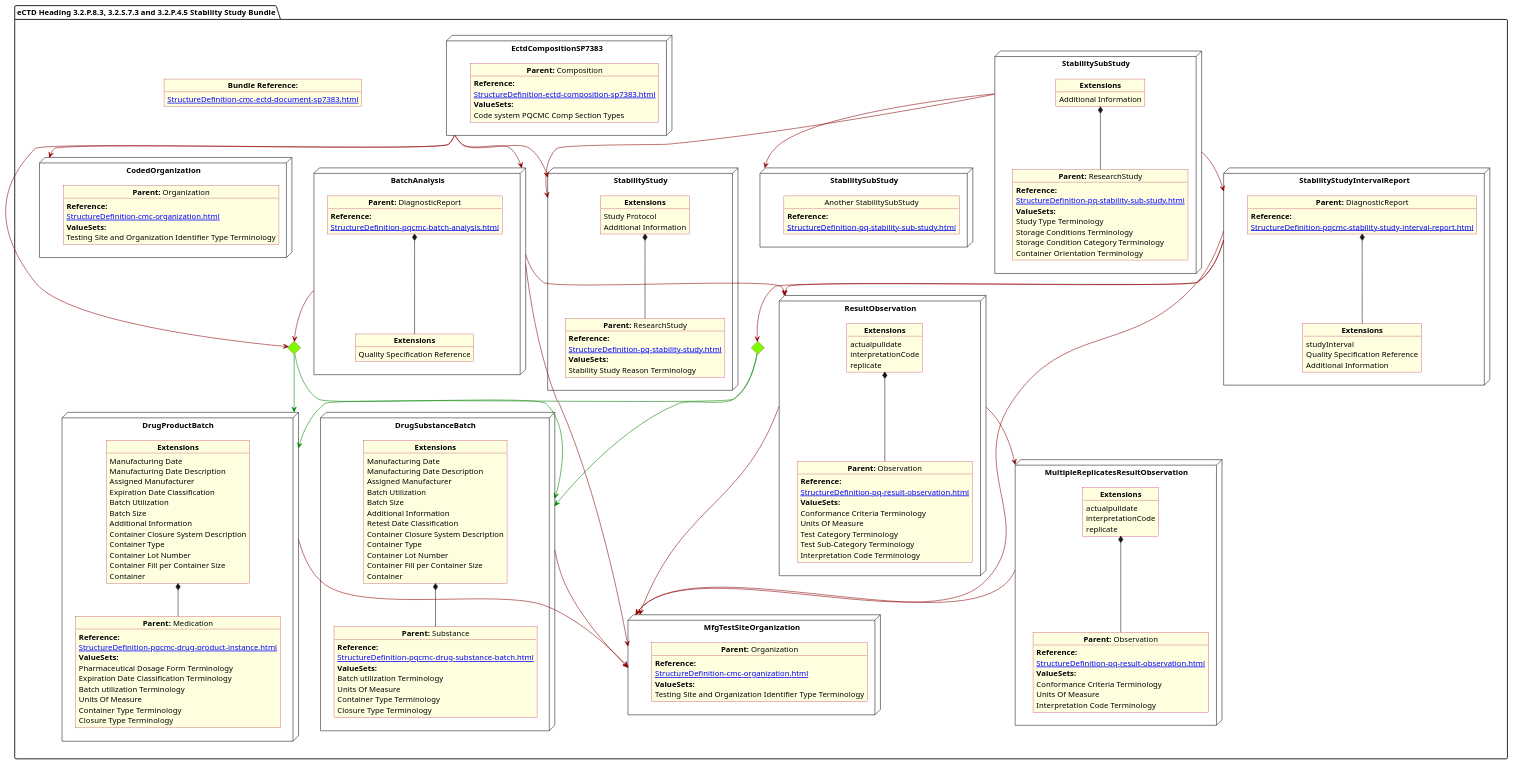
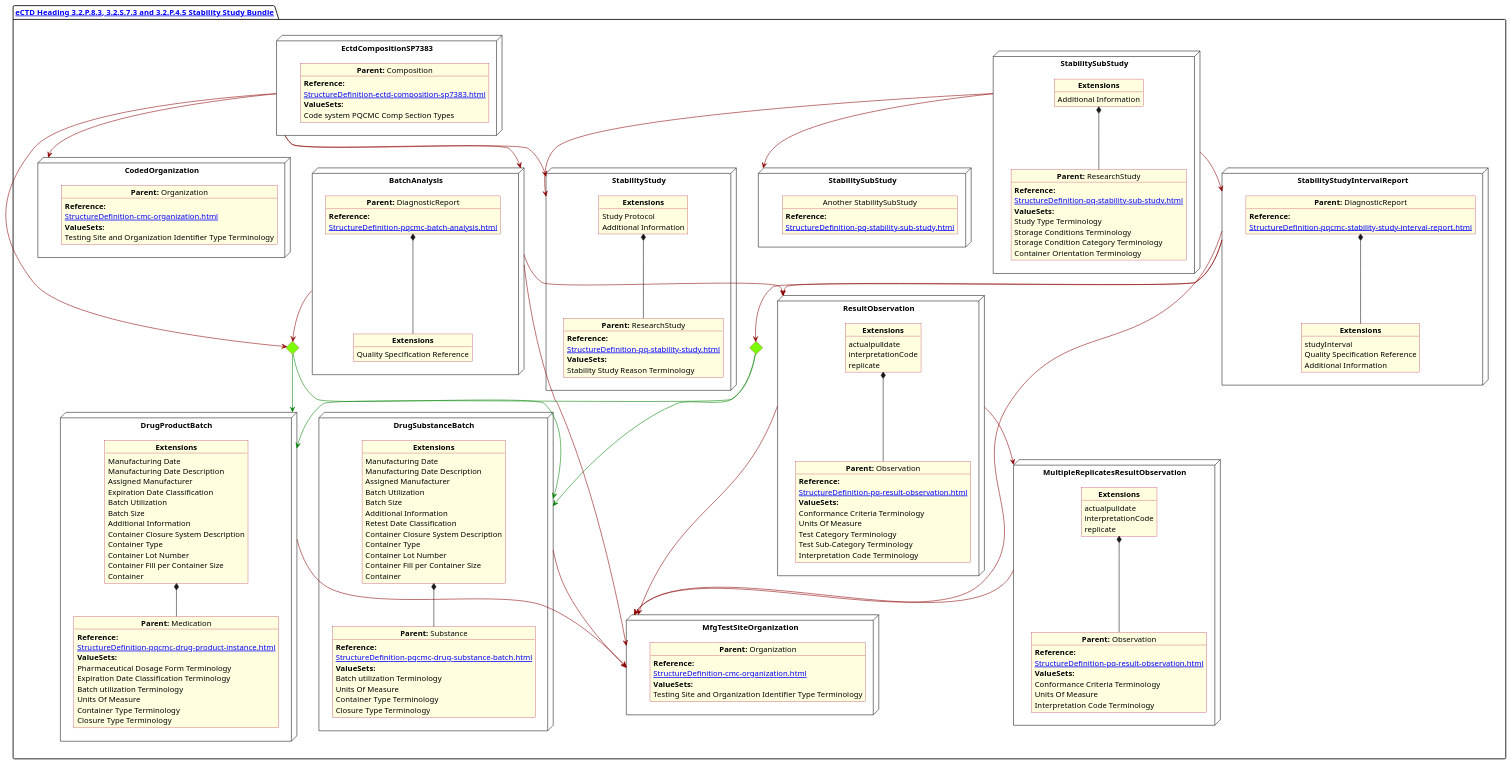
Before and after one commit to HL7/FHIR-us-pq-cmc-fda: the diagram in input/images-source/Stability.plantuml, drawn with PlantUML. The commit also changed 11 other files, not shown here.

Commit message:
plantUML package has hyperlink to bundle

```diff
--- a/input/images-source/Stability.plantuml
+++ b/input/images-source/Stability.plantuml
@@ -8,11 +8,8 @@
 skinparam activityDiamondBackgroundColor lawnGreen
 skinparam ClassBorderThickness 4
 
-package "eCTD Heading 3.2.P.8.3, 3.2.S.7.3 and 3.2.P.4.5 Stability Study Bundle" as NODES {
+package "[[StructureDefinition-cmc-ectd-document-sp7383.html eCTD Heading 3.2.P.8.3, 3.2.S.7.3 and 3.2.P.4.5 Stability Study Bundle]]" as NODES {
 
-       object "**Bundle Reference:**" as objbun {
-              [[StructureDefinition-cmc-ectd-document-sp7383.html]]
-       }
 
        node "DrugProductBatch" as NN {
 
```
